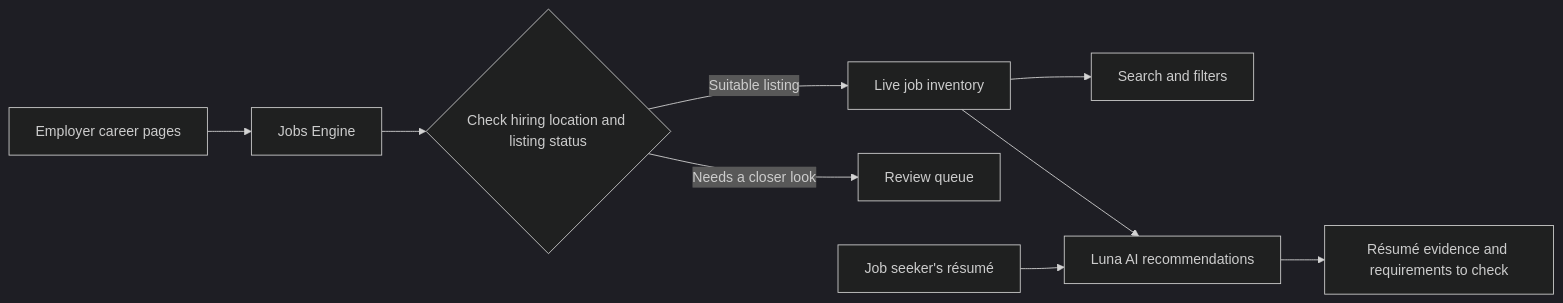
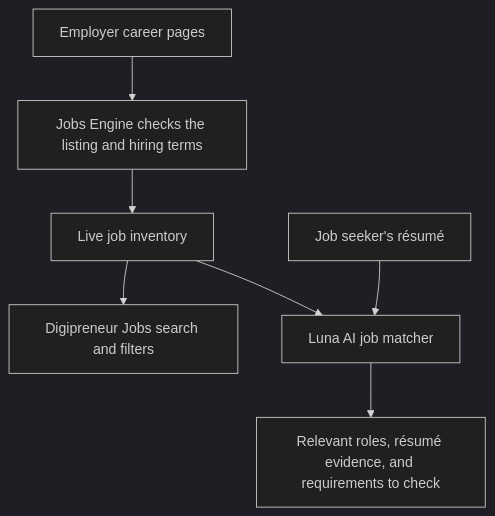
The diagram in README.md (keronrose/digipreneur-portfolio), drawn with Mermaid (dark theme) before and after one commit. The commit also changed other lines of this file, not shown here.

Commit message:
Tell the full Digipreneur founder story

````diff
--- a/README.md
+++ b/README.md
@@ -11,11 +35,9 @@
 ```mermaid
-flowchart LR
-    A["Employer career pages"] --> B["Jobs Engine"]
-    B --> C{"Check hiring location and listing status"}
-    C -->|Suitable listing| D["Live job inventory"]
-    C -->|Needs a closer look| E["Review queue"]
-    D --> F["Search and filters"]
-    D --> G["Luna AI recommendations"]
-    H["Job seeker's résumé"] --> G
-    G --> I["Résumé evidence and requirements to check"]
+flowchart TD
+    A["Employer career pages"] --> B["Jobs Engine checks the listing and hiring terms"]
+    B --> C["Live job inventory"]
+    C --> D["Digipreneur Jobs search and filters"]
+    C --> E["Luna AI job matcher"]
+    F["Job seeker's résumé"] --> E
+    E --> G["Relevant roles, résumé evidence, and requirements to check"]
 ```
````
